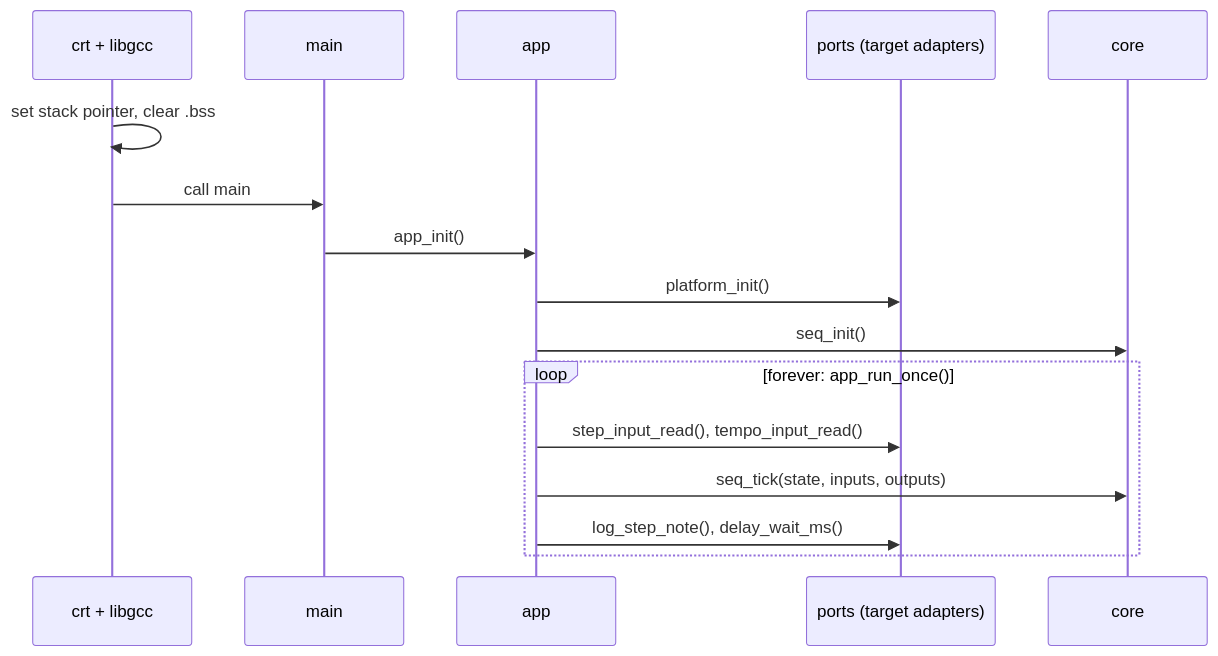
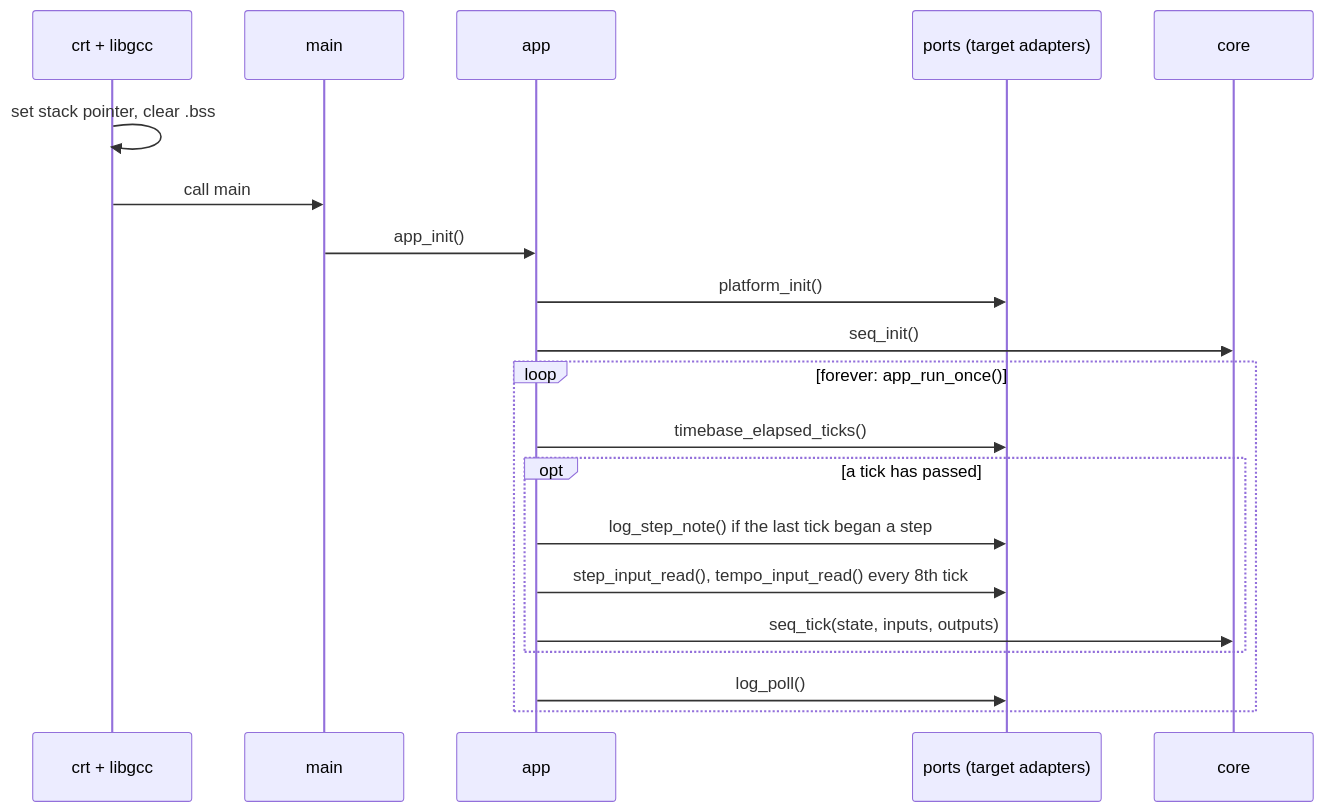
One commit to BonelessPig/nano_sequencer changed the third of 18 diagrams in docs/ARCHITECTURE.md. Above: the diagram before and after it, drawn with Mermaid. The commit also changed other lines of this file and 9 other files, not shown here.

First line of the commit message:
Docs: describe the timebase, the non-blocking loop and the tick rule

````diff
--- a/docs/ARCHITECTURE.md
+++ b/docs/ARCHITECTURE.md
@@ -114,18 +117,22 @@
 ```mermaid
 sequenceDiagram
     participant CRT as crt + libgcc
     participant M as main
     participant A as app
     participant P as ports (target adapters)
     participant C as core
     CRT->>CRT: set stack pointer, clear .bss
     CRT->>M: call main
     M->>A: app_init()
     A->>P: platform_init()
     A->>C: seq_init()
     loop forever: app_run_once()
-        A->>P: step_input_read(), tempo_input_read()
-        A->>C: seq_tick(state, inputs, outputs)
-        A->>P: log_step_note(), delay_wait_ms()
+        A->>P: timebase_elapsed_ticks()
+        opt a tick has passed
+            A->>P: log_step_note() if the last tick began a step
+            A->>P: step_input_read(), tempo_input_read() every 8th tick
+            A->>C: seq_tick(state, inputs, outputs)
+        end
+        A->>P: log_poll()
     end
 ```
````
